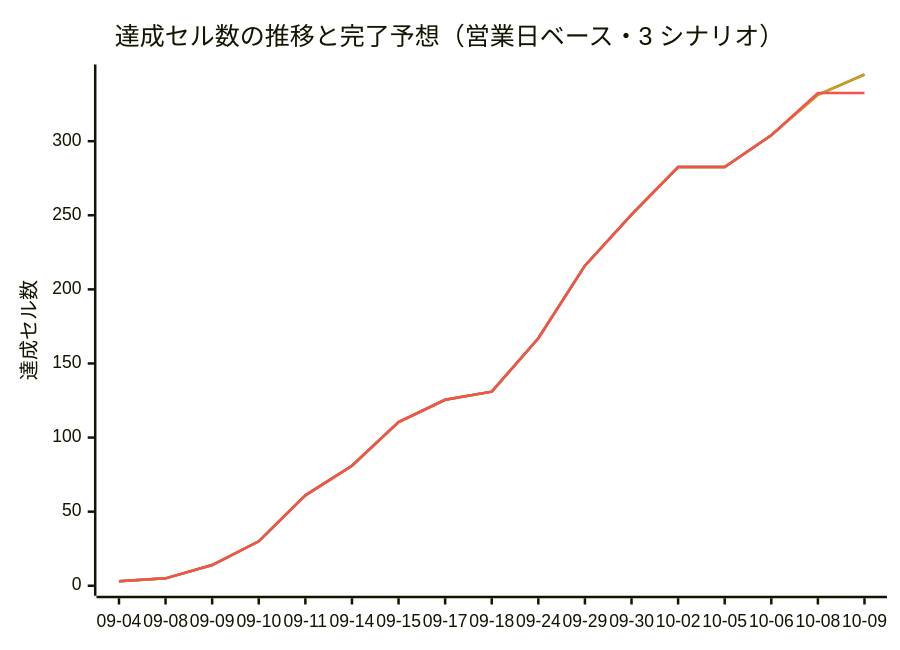
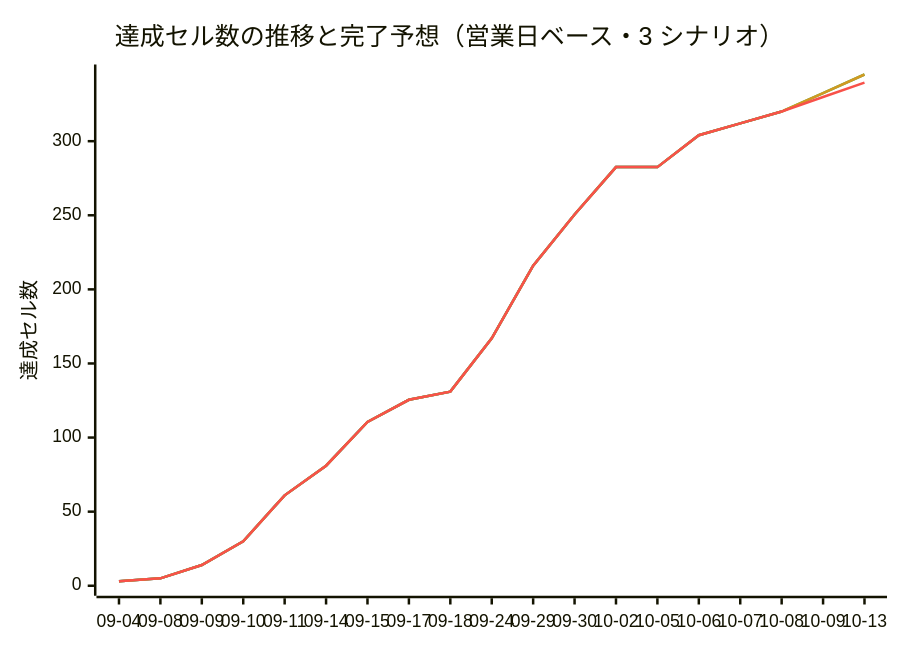
One commit to yoshihisatanaka/Pre-Market_Trading_frontend changed the diagram in docs/progress.md. Above: the diagram before and after it, drawn with Mermaid. The commit also changed other lines of this file, not shown here.

````diff
--- a/docs/progress.md
+++ b/docs/progress.md
@@ -328,11 +334,11 @@
 ```mermaid
 %%{init: {"themeVariables": {"xyChart": {"plotColorPalette": "#2f6feb, #3fb950, #d29922, #f85149"}}}}%%
 xychart-beta
     title "達成セル数の推移と完了予想（営業日ベース・3 シナリオ）"
-    x-axis ["09-04", "09-08", "09-09", "09-10", "09-11", "09-14", "09-15", "09-17", "09-18", "09-24", "09-29", "09-30", "10-02", "10-05", "10-06", "10-08", "10-09"]
+    x-axis ["09-04", "09-08", "09-09", "09-10", "09-11", "09-14", "09-15", "09-17", "09-18", "09-24", "09-29", "09-30", "10-02", "10-05", "10-06", "10-07", "10-08", "10-09", "10-13"]
     y-axis "達成セル数" 0 --> 345
-    line [3, 5, 14, 30, 61, 81, 110.5, 125.5, 131, 167, 216, 250.5, 282.5, 282.5, 304]
-    line [3, 5, 14, 30, 61, 81, 110.5, 125.5, 131, 167, 216, 250.5, 282.5, 282.5, 304, 331.3, 345]
-    line [3, 5, 14, 30, 61, 81, 110.5, 125.5, 131, 167, 216, 250.5, 282.5, 282.5, 304, 331.3, 345]
-    line [3, 5, 14, 30, 61, 81, 110.5, 125.5, 131, 167, 216, 250.5, 282.5, 282.5, 304, 332.5, 332.5]
+    line [3, 5, 14, 30, 61, 81, 110.5, 125.5, 131, 167, 216, 250.5, 282.5, 282.5, 304, 312, 320]
+    line [3, 5, 14, 30, 61, 81, 110.5, 125.5, 131, 167, 216, 250.5, 282.5, 282.5, 304, 312, 320, 332.5, 345]
+    line [3, 5, 14, 30, 61, 81, 110.5, 125.5, 131, 167, 216, 250.5, 282.5, 282.5, 304, 312, 320, 332.5, 345]
+    line [3, 5, 14, 30, 61, 81, 110.5, 125.5, 131, 167, 216, 250.5, 282.5, 282.5, 304, 312, 320, 329.8, 339.5]
 ```
````
